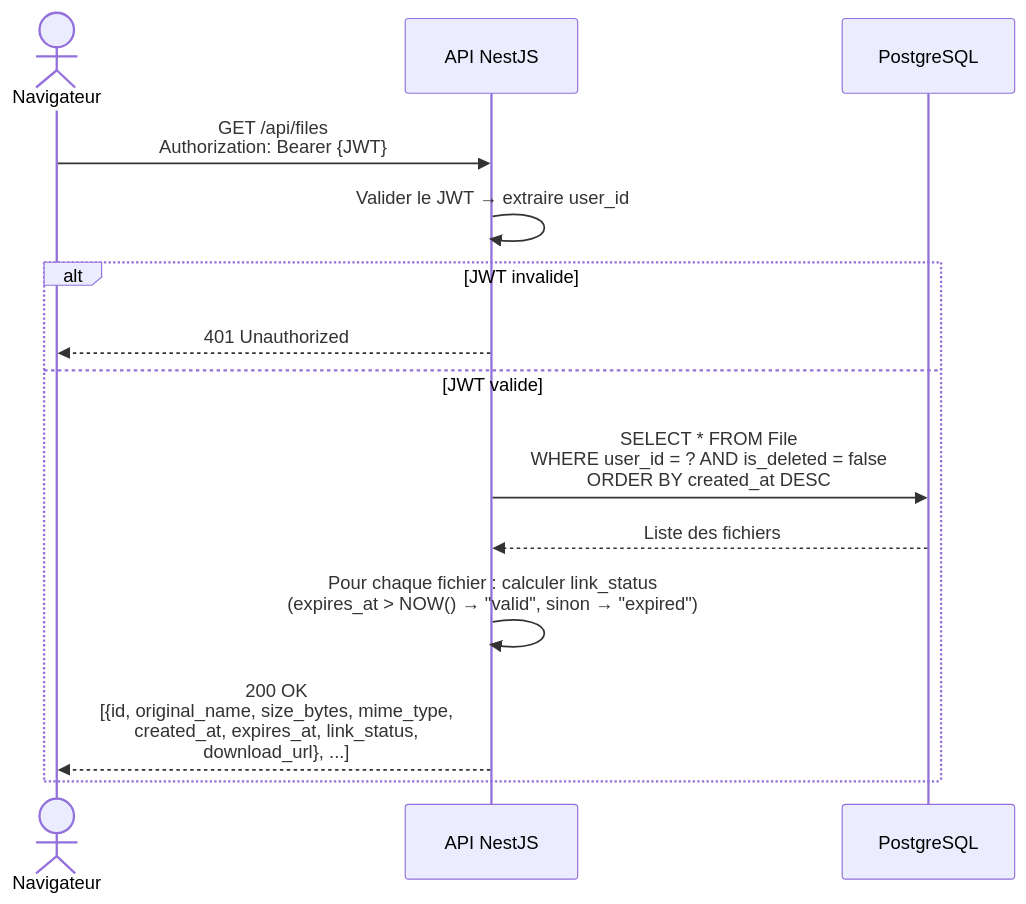
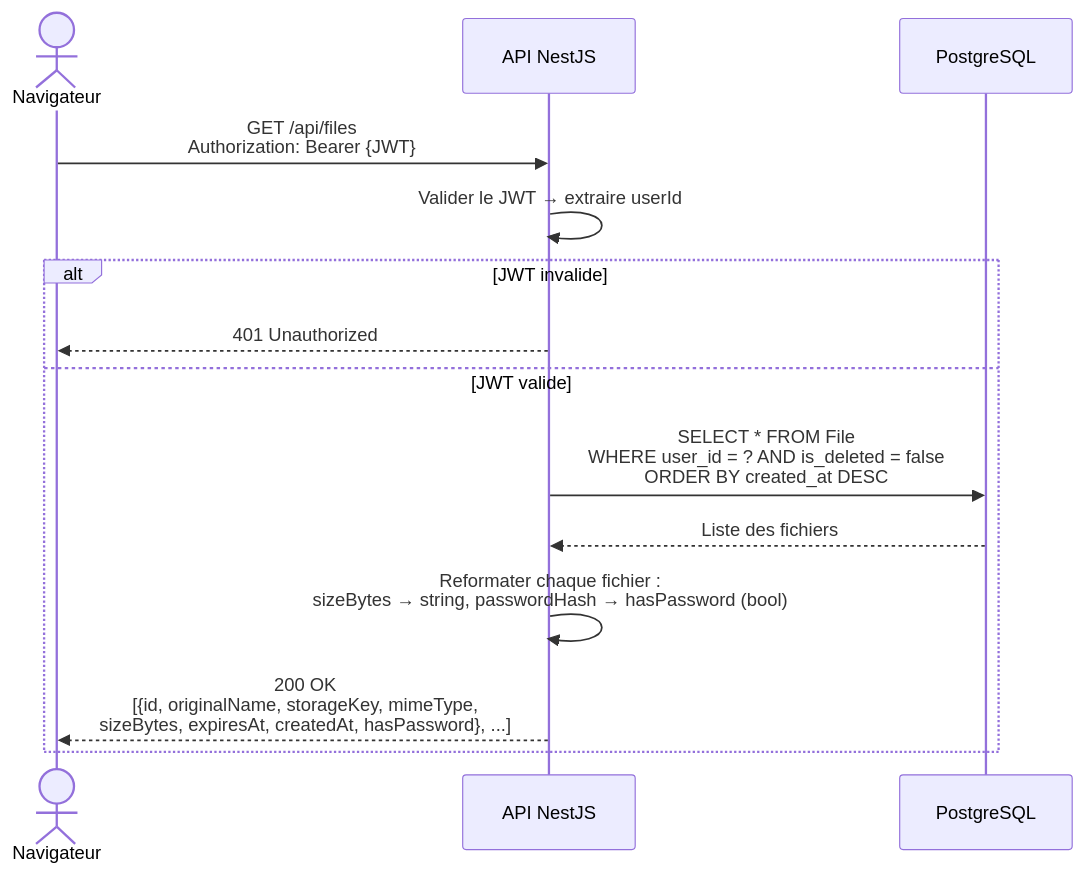
Before and after one commit to OC-Expert-DevOps/P3-OC-software-development-management: the fifth of 9 diagrams in docs/architecture/03-sequence-diagrams.md, drawn with Mermaid. The commit also changed other lines of this file and 5 other files, not shown here.

First line of the commit message:
fix(docs): align OpenAPI contract and architecture docs with real API (#55) (#56)

````diff
--- a/docs/architecture/03-sequence-diagrams.md
+++ b/docs/architecture/03-sequence-diagrams.md
@@ -164,17 +173,17 @@
 ```mermaid
 sequenceDiagram
     actor User as Navigateur
     participant API as API NestJS
     participant DB as PostgreSQL
 
     User->>API: GET /api/files<br/>Authorization: Bearer {JWT}
-    API->>API: Valider le JWT → extraire user_id
+    API->>API: Valider le JWT → extraire userId
     alt JWT invalide
         API-->>User: 401 Unauthorized
     else JWT valide
         API->>DB: SELECT * FROM File<br/>WHERE user_id = ? AND is_deleted = false<br/>ORDER BY created_at DESC
         DB-->>API: Liste des fichiers
-        API->>API: Pour chaque fichier : calculer link_status<br/>(expires_at > NOW() → "valid", sinon → "expired")
-        API-->>User: 200 OK<br/>[{id, original_name, size_bytes, mime_type,<br/>created_at, expires_at, link_status,<br/>download_url}, ...]
+        API->>API: Reformater chaque fichier :<br/>sizeBytes → string, passwordHash → hasPassword (bool)
+        API-->>User: 200 OK<br/>[{id, originalName, storageKey, mimeType,<br/>sizeBytes, expiresAt, createdAt, hasPassword}, ...]
     end
 ```
````
